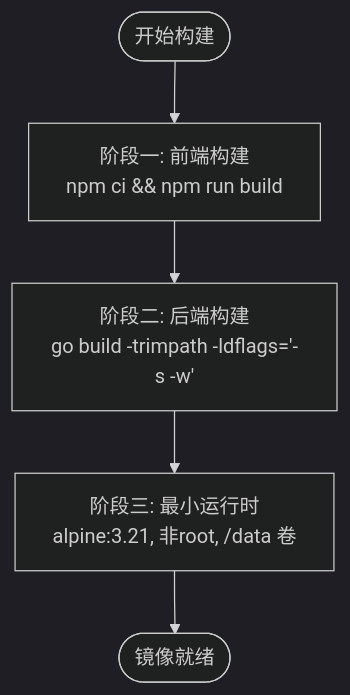
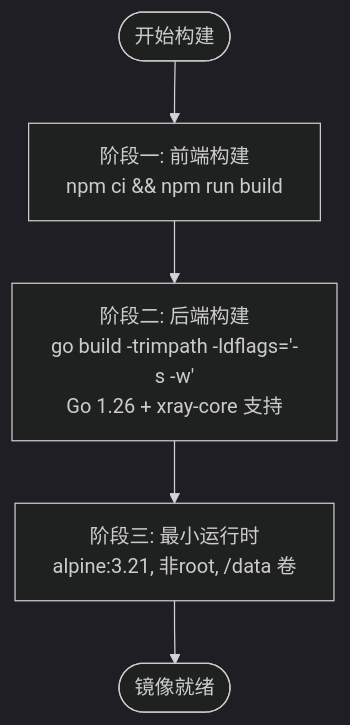
Before and after one commit to AlcaProphet/VPN-Subscription-Management: the third of 10 diagrams in .qoder/repowiki/zh/content/部署与运维/部署与运维.md, drawn with Mermaid (dark theme). The commit also changed other lines of this file and 109 other files, not shown here.

````diff
--- a/.qoder/repowiki/zh/content/部署与运维/部署与运维.md
+++ b/.qoder/repowiki/zh/content/部署与运维/部署与运维.md
@@ -111,7 +126,7 @@
 ```mermaid
 flowchart TD
 Start(["开始构建"]) --> FE["阶段一: 前端构建<br/>npm ci && npm run build"]
-FE --> BE["阶段二: 后端构建<br/>go build -trimpath -ldflags='-s -w'"]
+FE --> BE["阶段二: 后端构建<br/>go build -trimpath -ldflags='-s -w'<br/>Go 1.26 + xray-core 支持"]
 BE --> RUNTIME["阶段三: 最小运行时<br/>alpine:3.21, 非root, /data 卷"]
 RUNTIME --> End(["镜像就绪"])
 ```
````
